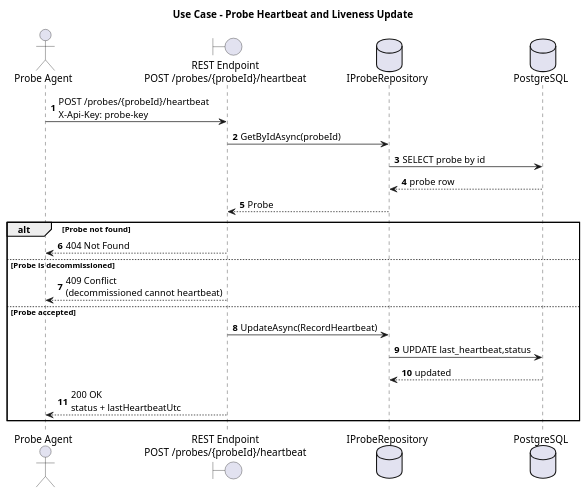
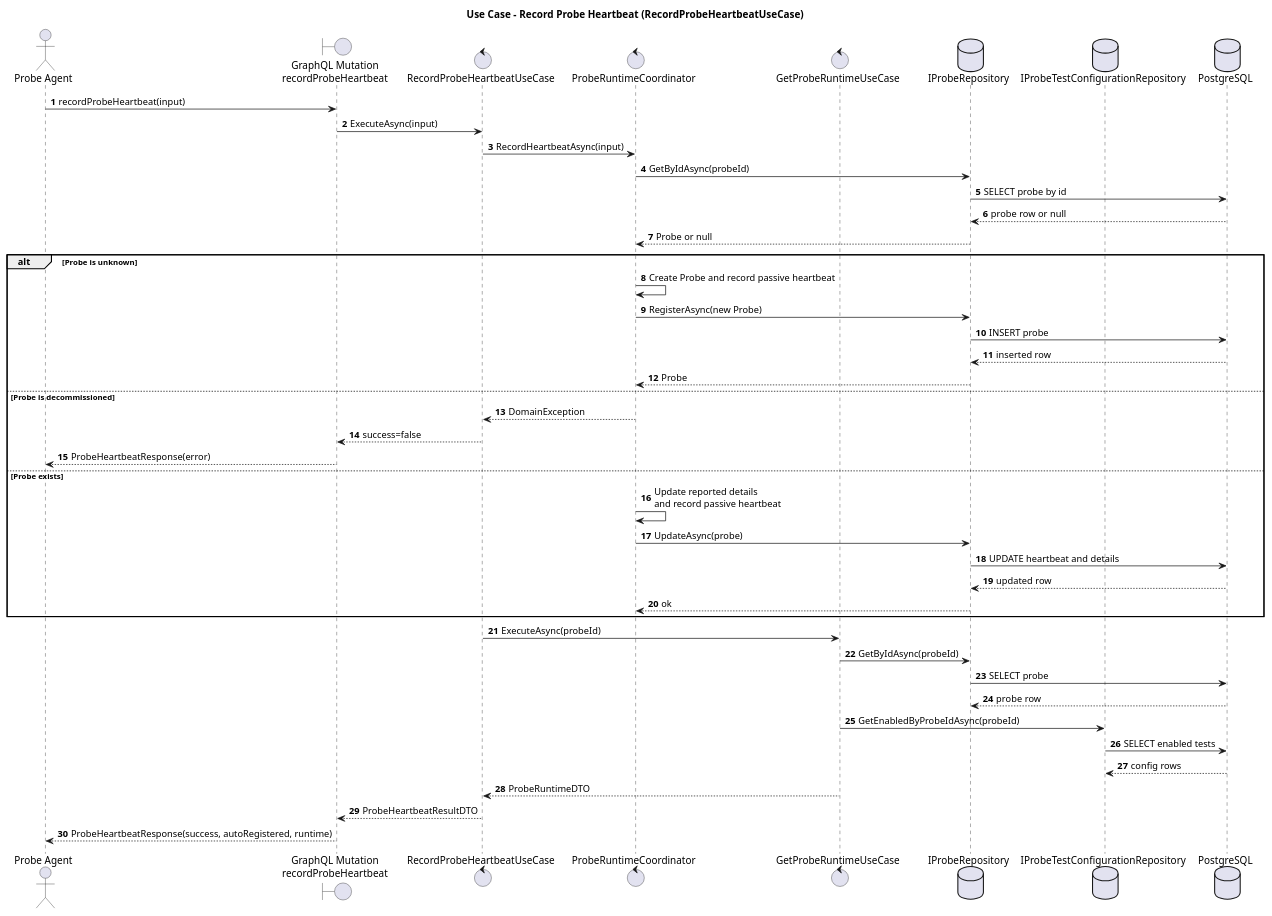
Before and after one commit to vhfba/beacon: the diagram in docs/architecture/use-case-probe-heartbeat-sequence.puml, drawn with PlantUML. The commit also changed 202 other files, not shown here.

```diff
--- a/docs/architecture/use-case-probe-heartbeat-sequence.puml
+++ b/docs/architecture/use-case-probe-heartbeat-sequence.puml
@@ -1,28 +1,52 @@
 @startuml use-case-probe-heartbeat-sequence
-title Use Case - Probe Heartbeat and Liveness Update
+title Use Case - Record Probe Heartbeat (RecordProbeHeartbeatUseCase)
 
 autonumber
 
 actor "Probe Agent" as probe
-boundary "REST Endpoint\nPOST /probes/{probeId}/heartbeat" as endpoint
+boundary "GraphQL Mutation\nrecordProbeHeartbeat" as gql
+control "RecordProbeHeartbeatUseCase" as heartbeat
+control "ProbeRuntimeCoordinator" as coordinator
+control "GetProbeRuntimeUseCase" as runtime
 database "IProbeRepository" as probes
+database "IProbeTestConfigurationRepository" as configs
 database "PostgreSQL" as db
 
-probe -> endpoint : POST /probes/{probeId}/heartbeat\nX-Api-Key: probe-key
-endpoint -> probes : GetByIdAsync(probeId)
+probe -> gql : recordProbeHeartbeat(input)
+gql -> heartbeat : ExecuteAsync(input)
+heartbeat -> coordinator : RecordHeartbeatAsync(input)
+coordinator -> probes : GetByIdAsync(probeId)
 probes -> db : SELECT probe by id
-db --> probes : probe row
-probes --> endpoint : Probe
+db --> probes : probe row or null
+probes --> coordinator : Probe or null
 
-alt Probe not found
-  endpoint --> probe : 404 Not Found
+alt Probe is unknown
+  coordinator -> coordinator : Create Probe and record passive heartbeat
+  coordinator -> probes : RegisterAsync(new Probe)
+  probes -> db : INSERT probe
+  db --> probes : inserted row
+  probes --> coordinator : Probe
 else Probe is decommissioned
-  endpoint --> probe : 409 Conflict\n(decommissioned cannot heartbeat)
-else Probe accepted
-  endpoint -> probes : UpdateAsync(RecordHeartbeat)
-  probes -> db : UPDATE last_heartbeat,status
-  db --> probes : updated
-  endpoint --> probe : 200 OK\nstatus + lastHeartbeatUtc
+  coordinator --> heartbeat : DomainException
+  heartbeat --> gql : success=false
+  gql --> probe : ProbeHeartbeatResponse(error)
+else Probe exists
+  coordinator -> coordinator : Update reported details\nand record passive heartbeat
+  coordinator -> probes : UpdateAsync(probe)
+  probes -> db : UPDATE heartbeat and details
+  db --> probes : updated row
+  probes --> coordinator : ok
 end
 
+heartbeat -> runtime : ExecuteAsync(probeId)
+runtime -> probes : GetByIdAsync(probeId)
+probes -> db : SELECT probe
+db --> probes : probe row
+runtime -> configs : GetEnabledByProbeIdAsync(probeId)
+configs -> db : SELECT enabled tests
+db --> configs : config rows
+runtime --> heartbeat : ProbeRuntimeDTO
+heartbeat --> gql : ProbeHeartbeatResultDTO
+gql --> probe : ProbeHeartbeatResponse(success, autoRegistered, runtime)
+
 @enduml
```
